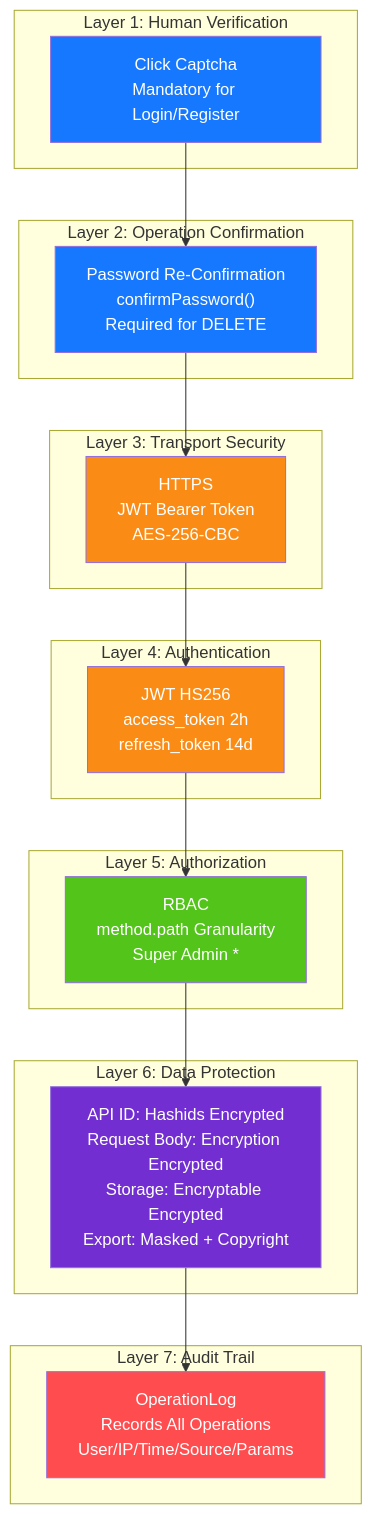
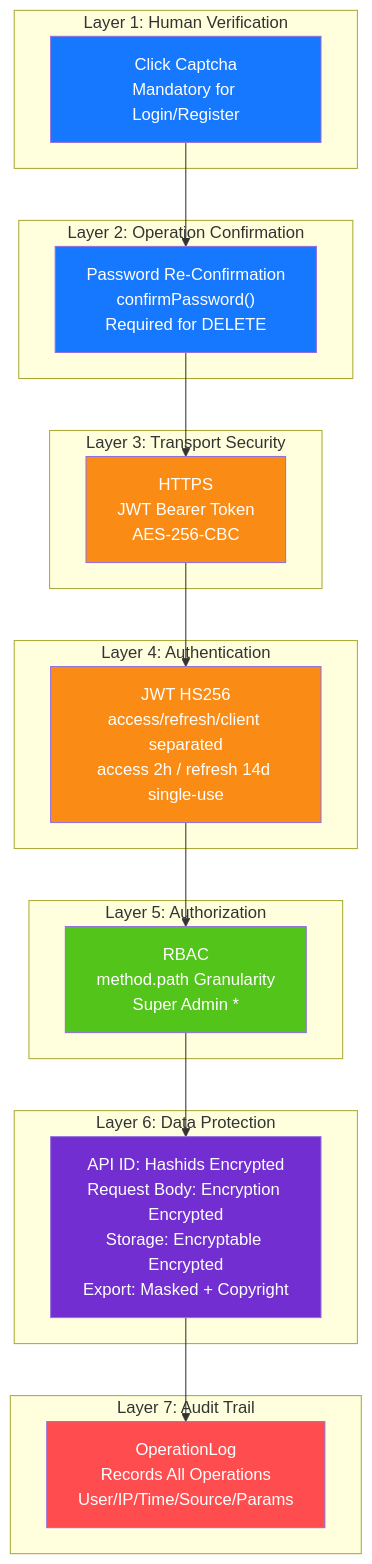
Before and after one commit to erikwang2013/integrated-global-logistics: diagram 11 of 13 in admin/docs/ARCHITECTURE.en.md, drawn with Mermaid. The commit also changed other lines of this file and 88 other files, not shown here.

````diff
--- a/admin/docs/ARCHITECTURE.en.md
+++ b/admin/docs/ARCHITECTURE.en.md
@@ -556,40 +564,40 @@
 ```mermaid
 flowchart TB
     subgraph "Layer 1: Human Verification"
         L1["Click Captcha<br/>Mandatory for Login/Register"]
     end
 
     subgraph "Layer 2: Operation Confirmation"
         L2["Password Re-Confirmation<br/>confirmPassword()<br/>Required for DELETE"]
     end
 
     subgraph "Layer 3: Transport Security"
         L3["HTTPS<br/>JWT Bearer Token<br/>AES-256-CBC"]
     end
 
     subgraph "Layer 4: Authentication"
-        L4["JWT HS256<br/>access_token 2h<br/>refresh_token 14d"]
+        L4["JWT HS256<br/>access/refresh/client separated<br/>access 2h / refresh 14d single-use"]
     end
 
     subgraph "Layer 5: Authorization"
         L5["RBAC<br/>method.path Granularity<br/>Super Admin * "]
     end
 
     subgraph "Layer 6: Data Protection"
         L6["API ID: Hashids Encrypted<br/>Request Body: Encryption Encrypted<br/>Storage: Encryptable Encrypted<br/>Export: Masked + Copyright"]
     end
 
     subgraph "Layer 7: Audit Trail"
         L7["OperationLog<br/>Records All Operations<br/>User/IP/Time/Source/Params"]
     end
 
     L1 --> L2 --> L3 --> L4 --> L5 --> L6 --> L7
 
     style L1 fill:#1677FF,color:#fff
     style L2 fill:#1677FF,color:#fff
     style L3 fill:#FA8C16,color:#fff
     style L4 fill:#FA8C16,color:#fff
     style L5 fill:#52C41A,color:#fff
     style L6 fill:#722ED1,color:#fff
     style L7 fill:#FF4D4F,color:#fff
 ```
````
